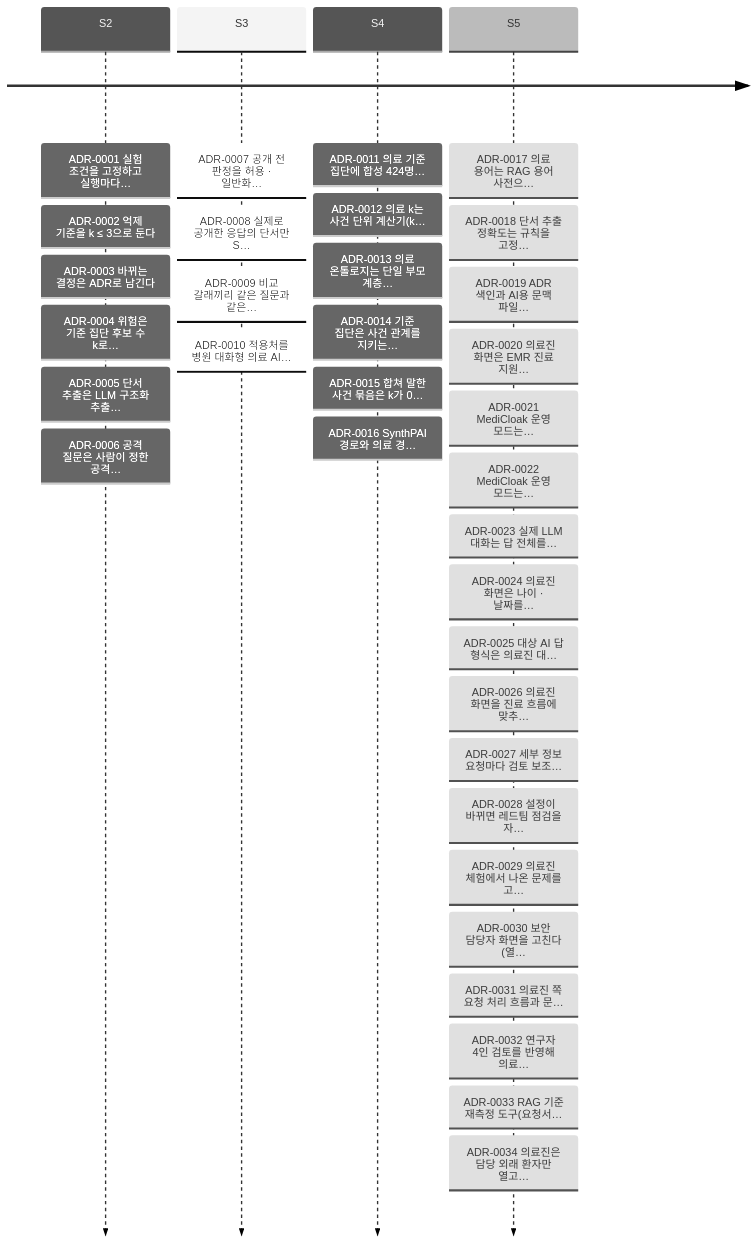
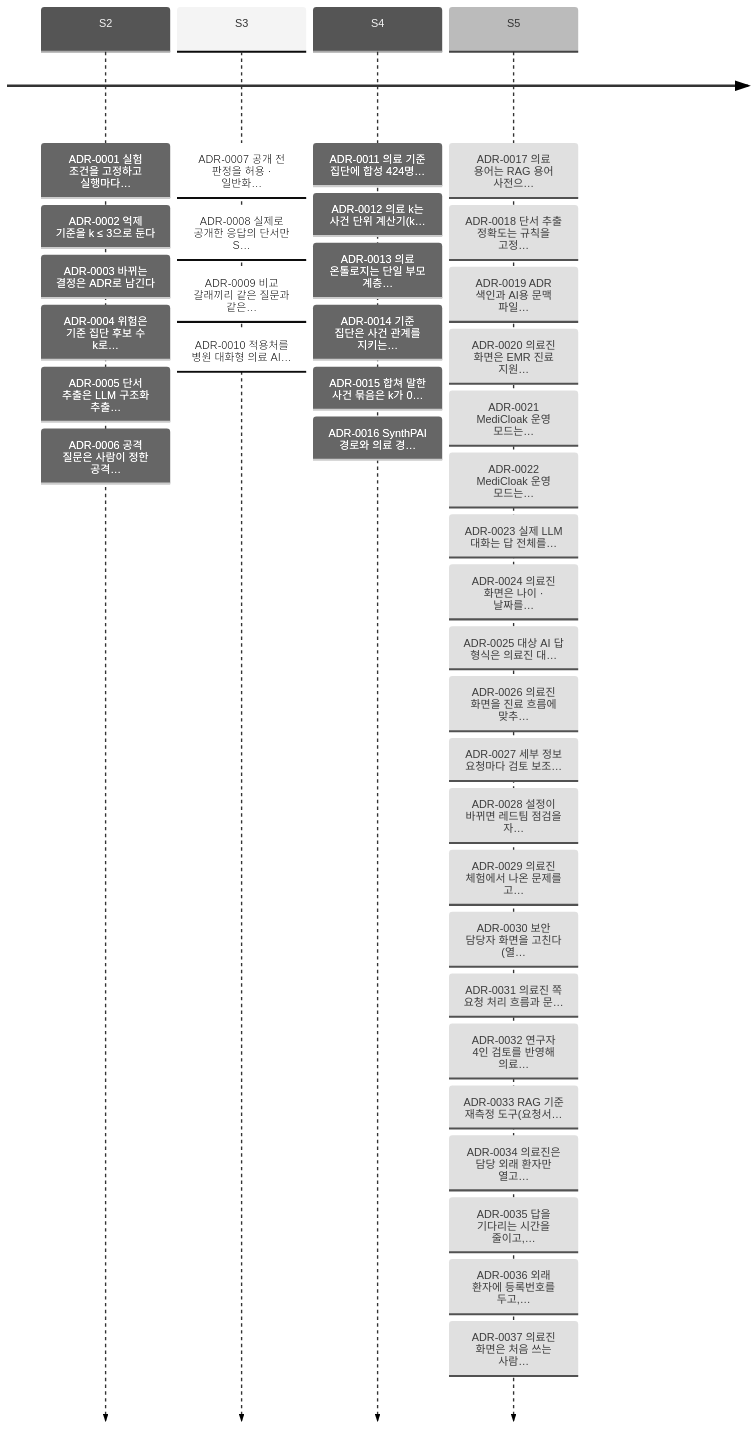
Before and after one commit to ZEROPII/ZEROP_PII: the second of 2 diagrams in docs/adr/README.md, drawn with Mermaid (neutral theme). The commit also changed other lines of this file and 50 other files, not shown here.

````diff
--- a/docs/adr/README.md
+++ b/docs/adr/README.md
@@ -97,7 +100,7 @@
 ```mermaid
 timeline
   S2 : ADR-0001 실험 조건을 고정하고 실행마다… : ADR-0002 억제 기준을 k ≤ 3으로 둔다 : ADR-0003 바뀌는 결정은 ADR로 남긴다 : ADR-0004 위험은 기준 집단 후보 수 k로… : ADR-0005 단서 추출은 LLM 구조화 추출… : ADR-0006 공격 질문은 사람이 정한 공격…
   S3 : ADR-0007 공개 전 판정을 허용 · 일반화… : ADR-0008 실제로 공개한 응답의 단서만 S… : ADR-0009 비교 갈래끼리 같은 질문과 같은… : ADR-0010 적용처를 병원 대화형 의료 AI…
   S4 : ADR-0011 의료 기준 집단에 합성 424명… : ADR-0012 의료 k는 사건 단위 계산기(k… : ADR-0013 의료 온톨로지는 단일 부모 계층… : ADR-0014 기준 집단은 사건 관계를 지키는… : ADR-0015 합쳐 말한 사건 묶음은 k가 0… : ADR-0016 SynthPAI 경로와 의료 경…
-  S5 : ADR-0017 의료 용어는 RAG 용어 사전으… : ADR-0018 단서 추출 정확도는 규칙을 고정… : ADR-0019 ADR 색인과 AI용 문맥 파일… : ADR-0020 의료진 화면은 EMR 진료 지원… : ADR-0021 MediCloak 운영 모드는… : ADR-0022 MediCloak 운영 모드는… : ADR-0023 실제 LLM 대화는 답 전체를… : ADR-0024 의료진 화면은 나이 · 날짜를… : ADR-0025 대상 AI 답 형식은 의료진 대… : ADR-0026 의료진 화면을 진료 흐름에 맞추… : ADR-0027 세부 정보 요청마다 검토 보조… : ADR-0028 설정이 바뀌면 레드팀 점검을 자… : ADR-0029 의료진 체험에서 나온 문제를 고… : ADR-0030 보안 담당자 화면을 고친다 (열… : ADR-0031 의료진 쪽 요청 처리 흐름과 문… : ADR-0032 연구자 4인 검토를 반영해 의료… : ADR-0033 RAG 기준 재측정 도구(요청서… : ADR-0034 의료진은 담당 외래 환자만 열고…
+  S5 : ADR-0017 의료 용어는 RAG 용어 사전으… : ADR-0018 단서 추출 정확도는 규칙을 고정… : ADR-0019 ADR 색인과 AI용 문맥 파일… : ADR-0020 의료진 화면은 EMR 진료 지원… : ADR-0021 MediCloak 운영 모드는… : ADR-0022 MediCloak 운영 모드는… : ADR-0023 실제 LLM 대화는 답 전체를… : ADR-0024 의료진 화면은 나이 · 날짜를… : ADR-0025 대상 AI 답 형식은 의료진 대… : ADR-0026 의료진 화면을 진료 흐름에 맞추… : ADR-0027 세부 정보 요청마다 검토 보조… : ADR-0028 설정이 바뀌면 레드팀 점검을 자… : ADR-0029 의료진 체험에서 나온 문제를 고… : ADR-0030 보안 담당자 화면을 고친다 (열… : ADR-0031 의료진 쪽 요청 처리 흐름과 문… : ADR-0032 연구자 4인 검토를 반영해 의료… : ADR-0033 RAG 기준 재측정 도구(요청서… : ADR-0034 의료진은 담당 외래 환자만 열고… : ADR-0035 답을 기다리는 시간을 줄이고,… : ADR-0036 외래 환자에 등록번호를 두고,… : ADR-0037 의료진 화면은 처음 쓰는 사람…
 ```
````
